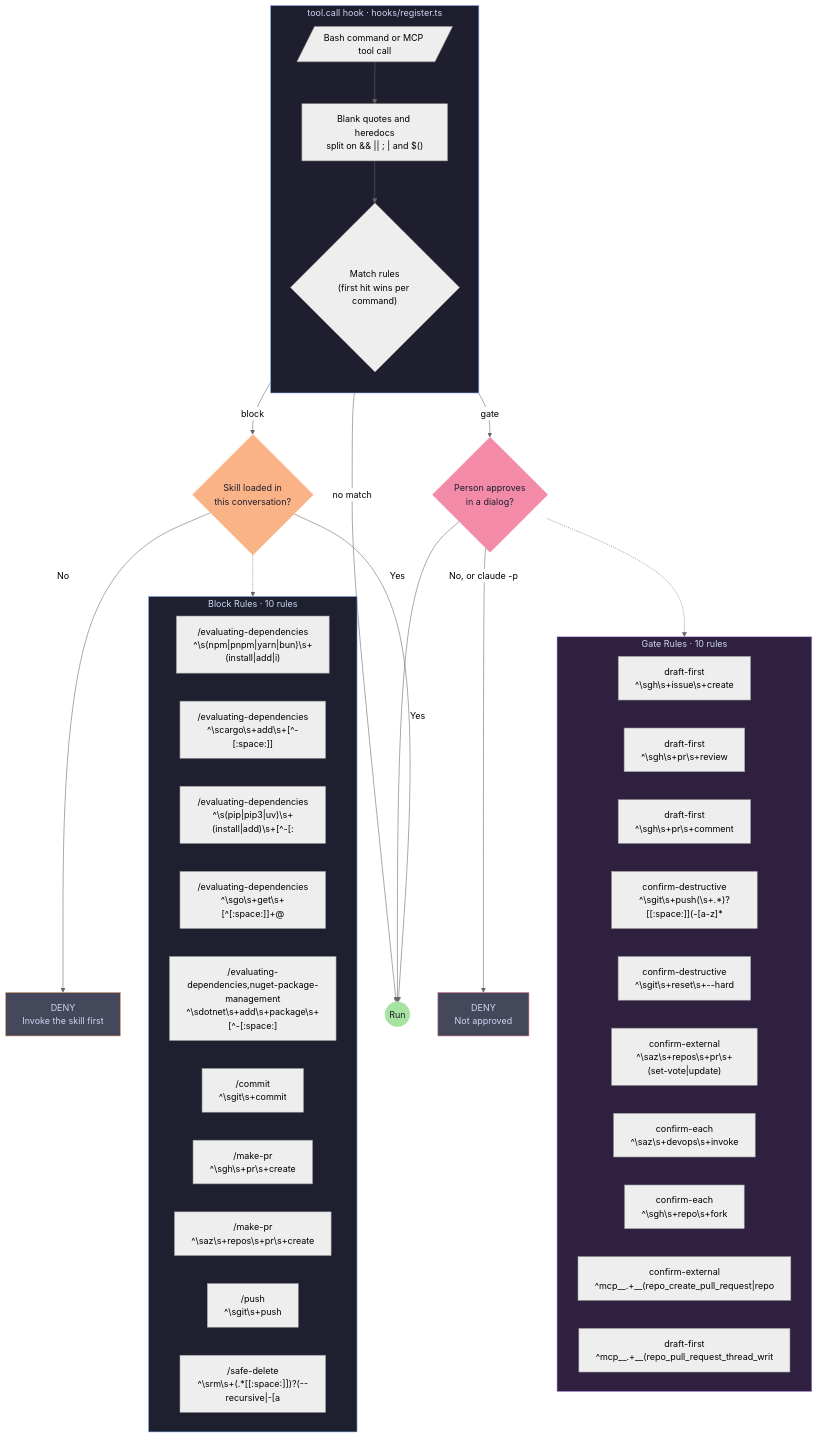
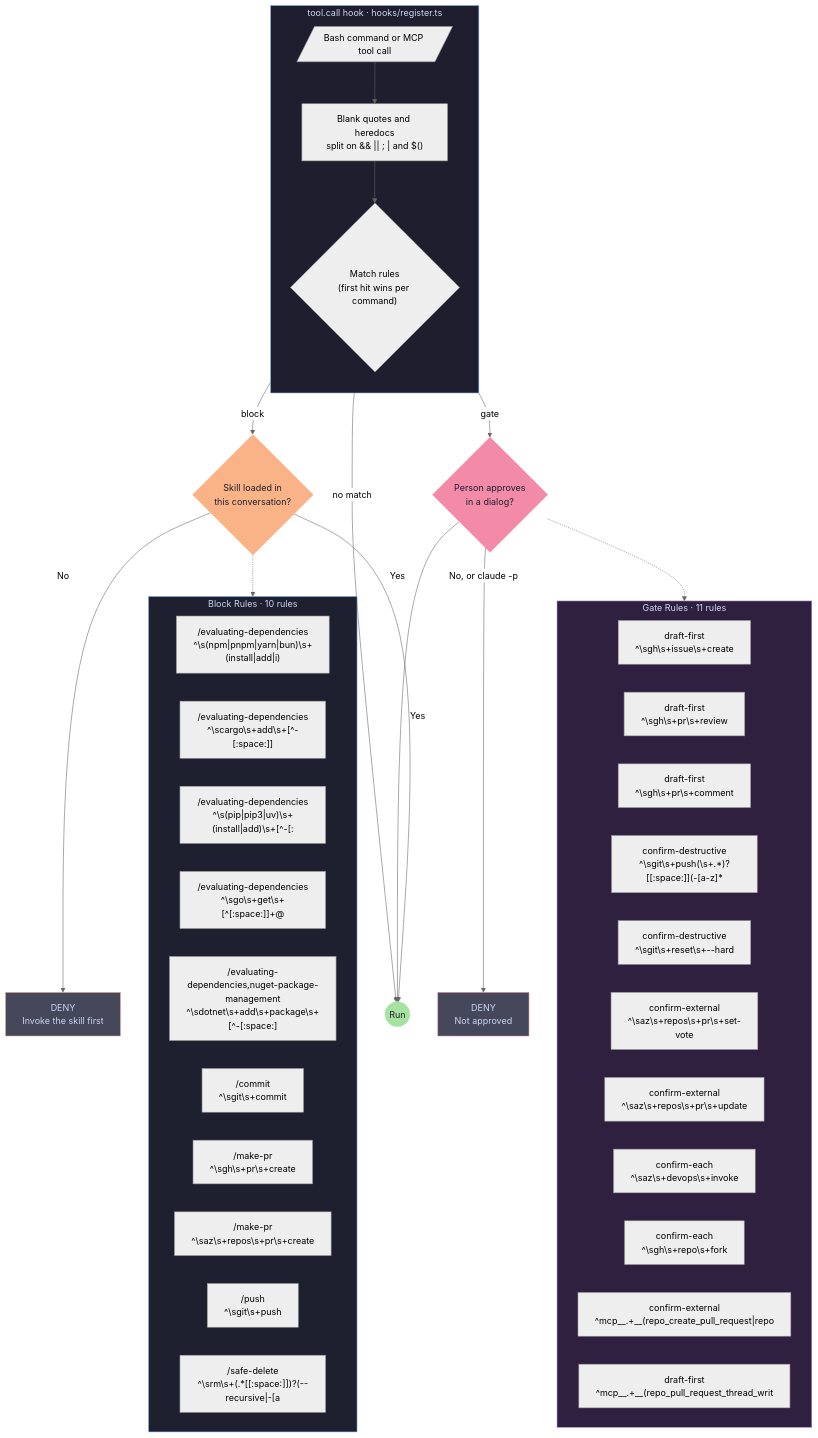
Before and after one commit to Saturate/agents: the diagram in plugins/skill-router/diagrams/hook-flow.mmd, drawn with Mermaid (neutral theme). The commit also changed 5 other files, not shown here.

```diff
--- a/plugins/skill-router/diagrams/hook-flow.mmd
+++ b/plugins/skill-router/diagrams/hook-flow.mmd
@@ -1,63 +1,64 @@
 %% Auto-generated from advisor-rules.conf — do not edit by hand
 %% Regenerate: bash plugins/skill-router/scripts/generate-diagrams.sh
 flowchart TB
     subgraph hook["tool.call hook · hooks/register.ts"]
         direction TB
         CMD[/"Bash command or MCP tool call"/]
         NORM["Blank quotes and heredocs\nsplit on && || ; | and $()"]
         MATCH{"Match rules\n(first hit wins per command)"}
 
         CMD --> NORM --> MATCH
     end
 
     LOADED{"Skill loaded in\nthis conversation?"}
     ASK{"Person approves\nin a dialog?"}
     DENY1["DENY\nInvoke the skill first"]
     DENY2["DENY\nNot approved"]
     PASS(("Run"))
 
     MATCH -->|"block"| LOADED
     MATCH -->|"gate"| ASK
     MATCH -->|"no match"| PASS
     LOADED -->|"Yes"| PASS
     LOADED -->|"No"| DENY1
     ASK -->|"Yes"| PASS
     ASK -->|"No, or claude -p"| DENY2
 
-    subgraph gates["Gate Rules · 10 rules"]
+    subgraph gates["Gate Rules · 11 rules"]
         G1["draft-first\n^\sgh\s+issue\s+create"]
         G2["draft-first\n^\sgh\s+pr\s+review"]
         G3["draft-first\n^\sgh\s+pr\s+comment"]
         G4["confirm-destructive\n^\sgit\s+push(\s+.*)?[[:space:]](-[a-z]*"]
         G5["confirm-destructive\n^\sgit\s+reset\s+--hard"]
-        G6["confirm-external\n^\saz\s+repos\s+pr\s+(set-vote|update)"]
-        G7["confirm-each\n^\saz\s+devops\s+invoke"]
-        G8["confirm-each\n^\sgh\s+repo\s+fork"]
-        G9["confirm-external\n^mcp__.+__(repo_create_pull_request|repo"]
-        G10["draft-first\n^mcp__.+__(repo_pull_request_thread_writ"]
+        G6["confirm-external\n^\saz\s+repos\s+pr\s+set-vote"]
+        G7["confirm-external\n^\saz\s+repos\s+pr\s+update"]
+        G8["confirm-each\n^\saz\s+devops\s+invoke"]
+        G9["confirm-each\n^\sgh\s+repo\s+fork"]
+        G10["confirm-external\n^mcp__.+__(repo_create_pull_request|repo"]
+        G11["draft-first\n^mcp__.+__(repo_pull_request_thread_writ"]
     end
 
     subgraph blocks["Block Rules · 10 rules"]
         B1["/evaluating-dependencies\n^\s(npm|pnpm|yarn|bun)\s+(install|add|i)"]
         B2["/evaluating-dependencies\n^\scargo\s+add\s+[^-[:space:]]"]
         B3["/evaluating-dependencies\n^\s(pip|pip3|uv)\s+(install|add)\s+[^-[:"]
         B4["/evaluating-dependencies\n^\sgo\s+get\s+[^[:space:]]+@"]
         B5["/evaluating-dependencies,nuget-package-management\n^\sdotnet\s+add\s+package\s+[^-[:space:]"]
         B6["/commit\n^\sgit\s+commit"]
         B7["/make-pr\n^\sgh\s+pr\s+create"]
         B8["/make-pr\n^\saz\s+repos\s+pr\s+create"]
         B9["/push\n^\sgit\s+push"]
         B10["/safe-delete\n^\srm\s+(.*[[:space:]])?(--recursive|-[a"]
     end
 
     ASK -.-> gates
     LOADED -.-> blocks
 
     style hook fill:#1e1e2e,stroke:#89b4fa,color:#cdd6f4
     style ASK fill:#f38ba8,stroke:#f38ba8,color:#1e1e2e
     style LOADED fill:#fab387,stroke:#fab387,color:#1e1e2e
     style DENY1 fill:#45475a,stroke:#fab387,color:#cdd6f4
     style DENY2 fill:#45475a,stroke:#f38ba8,color:#cdd6f4
     style PASS fill:#a6e3a1,stroke:#a6e3a1,color:#1e1e2e
     style gates fill:#302040,stroke:#cba6f7,color:#cdd6f4
     style blocks fill:#1e2030,stroke:#89b4fa,color:#cdd6f4
```
